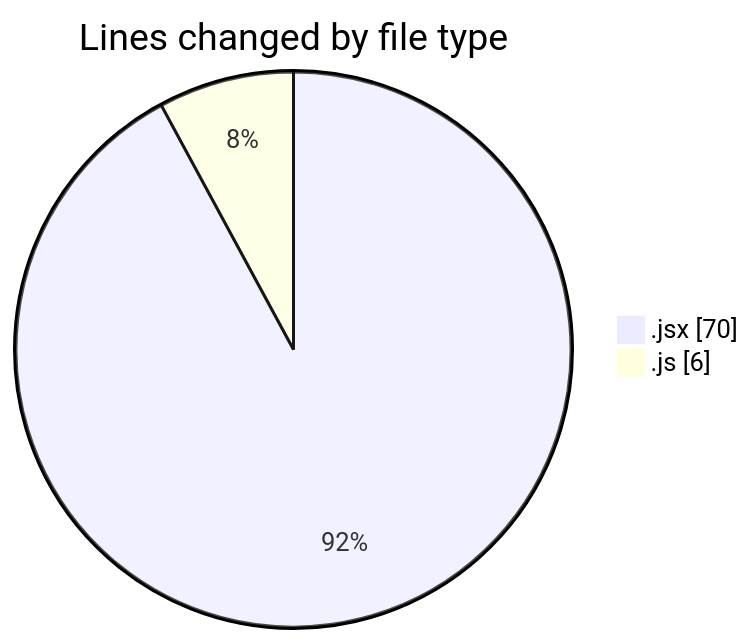
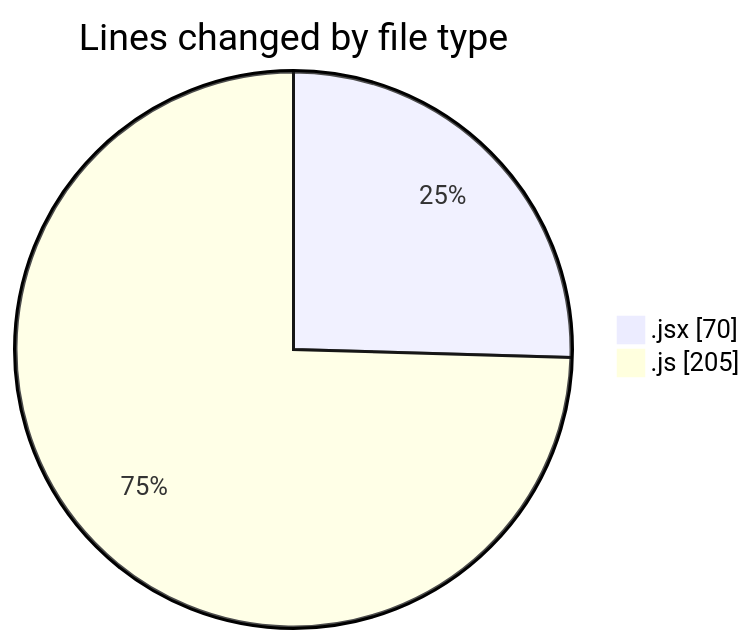
Before and after one commit to nxtqubesakshisongat/code-tracking: the first of 2 diagrams in 2025-12-14/nxtqube_webapp/README.md, drawn with Mermaid. The commit also changed other lines of this file and 1 other file, not shown here.

````diff
--- a/2025-12-14/nxtqube_webapp/README.md
+++ b/2025-12-14/nxtqube_webapp/README.md
@@ -21,6 +22,6 @@
 ```mermaid
 pie showData
 title Lines changed by file type
 ".jsx" : 70
-".js" : 6
+".js" : 205
 ```
````
